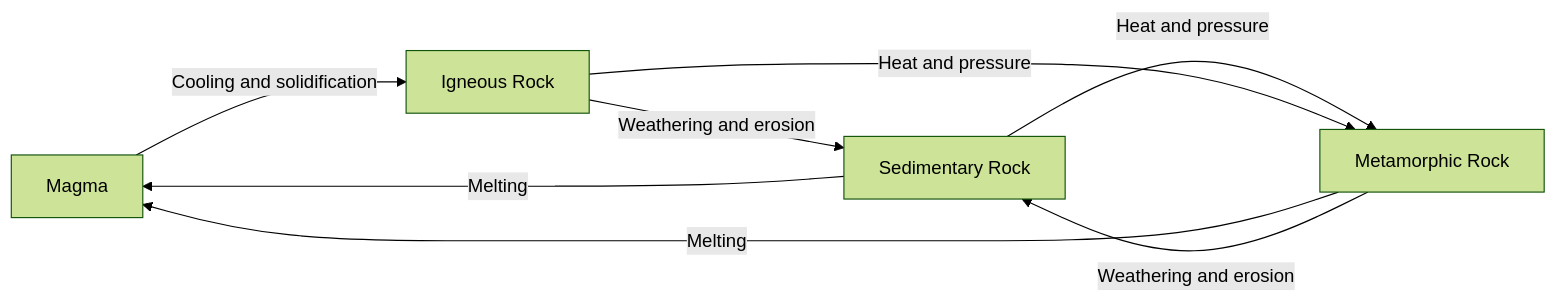
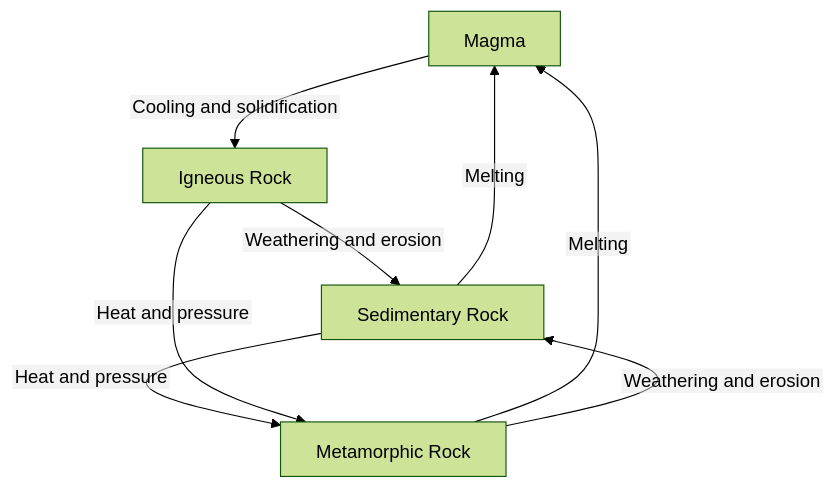
Before and after one commit to elloza/teachbook_sciences_template: the diagram in diagram_sources/en/02_degrees_geology_degree_rock_cycle_mermaid_01.mermaid, drawn with Mermaid (forest theme). The commit also changed 112 other files, not shown here.

Commit message:
fix: stabilize PDF diagram rendering

```diff
--- a/diagram_sources/en/02_degrees_geology_degree_rock_cycle_mermaid_01.mermaid
+++ b/diagram_sources/en/02_degrees_geology_degree_rock_cycle_mermaid_01.mermaid
@@ -1,13 +1,14 @@
-flowchart LR
+%%{init: {"htmlLabels": false, "flowchart": {"htmlLabels": false}}}%%
+flowchart TD
     Magma["Magma"]
     Igneous["Igneous Rock"]
     Sedimentary["Sedimentary Rock"]
     Metamorphic["Metamorphic Rock"]
 
     Magma -->|"Cooling and solidification"| Igneous
     Igneous -->|"Weathering and erosion"| Sedimentary
     Sedimentary -->|"Heat and pressure"| Metamorphic
     Metamorphic -->|"Melting"| Magma
     Igneous -->|"Heat and pressure"| Metamorphic
     Metamorphic -->|"Weathering and erosion"| Sedimentary
     Sedimentary -->|"Melting"| Magma
```
